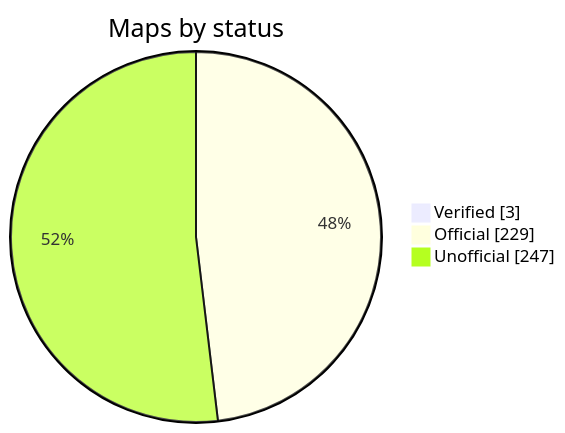
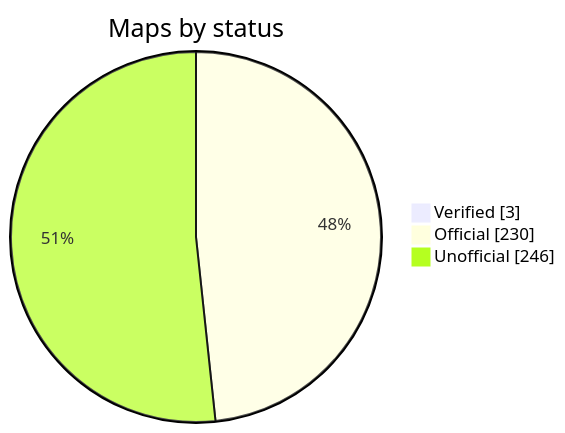
The diagram in README.md (nobrega8/mbmap-library), drawn with Mermaid before and after one commit. The commit also changed 2 other files, not shown here.

Commit message:
Rewrite the Schneider PM200, PM700 and PM750 map from the manufacturer's register list

````diff
--- a/README.md
+++ b/README.md
@@ -48,7 +48,7 @@
 ```mermaid
 pie showData
     title Maps by status
     "Verified" : 3
-    "Official" : 229
-    "Unofficial" : 247
+    "Official" : 230
+    "Unofficial" : 246
 ```
````
